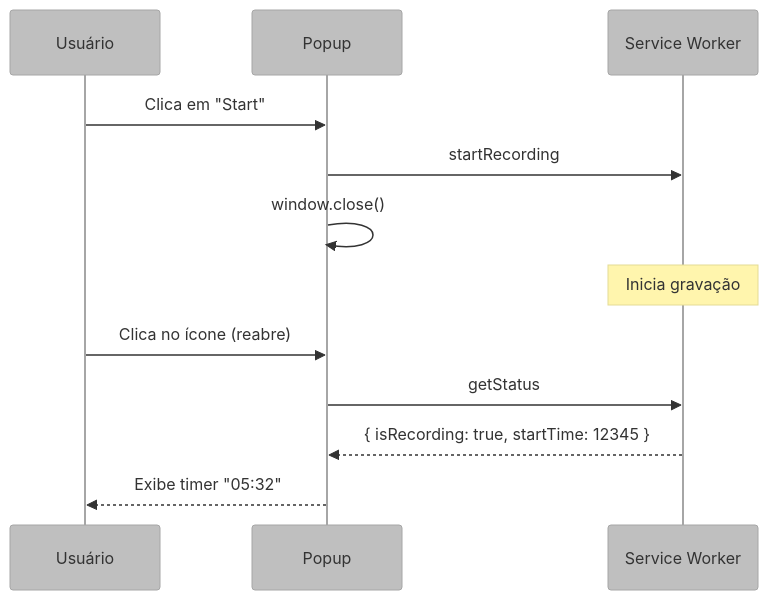
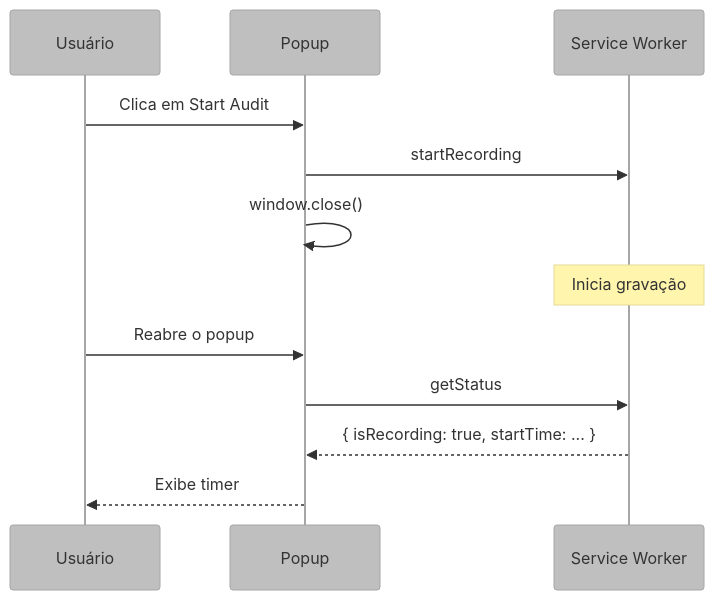
The third of 3 diagrams in docs/04-interface-popup.md (marcus-v-rodrigues/ux-auditor-extension), drawn with Mermaid before and after one commit. The commit also changed other lines of this file and 7 other files, not shown here.

````diff
--- a/docs/04-interface-popup.md
+++ b/docs/04-interface-popup.md
@@ -126,17 +122,17 @@
 ```mermaid
 %%{init: {'theme': 'base', 'themeVariables': { 'primaryColor': '#bfbfbf', 'edgeColor': '#5d5d5d' }, "flowchart": {"subGraphTitleMargin": {"bottom": 30}}}}%%
 sequenceDiagram
     participant U as Usuário
     participant P as Popup
     participant SW as Service Worker
-    
-    U->>P: Clica em "Start"
+
+    U->>P: Clica em Start Audit
     P->>SW: startRecording
     P->>P: window.close()
     Note over SW: Inicia gravação
-    
-    U->>P: Clica no ícone (reabre)
+
+    U->>P: Reabre o popup
     P->>SW: getStatus
-    SW-->>P: { isRecording: true, startTime: 12345 }
-    P-->>U: Exibe timer "05:32"
+    SW-->>P: { isRecording: true, startTime: ... }
+    P-->>U: Exibe timer
 ```
````
